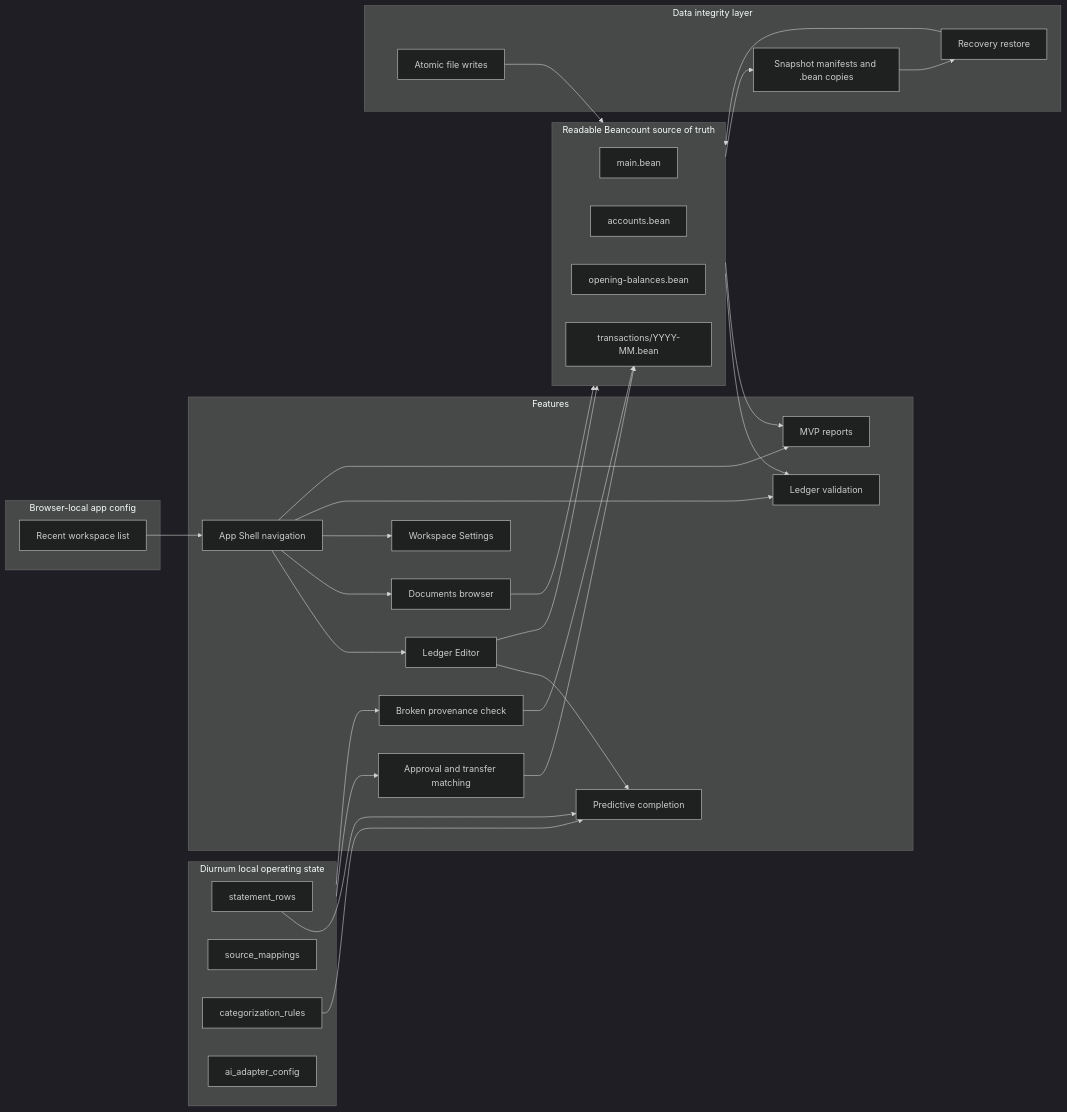
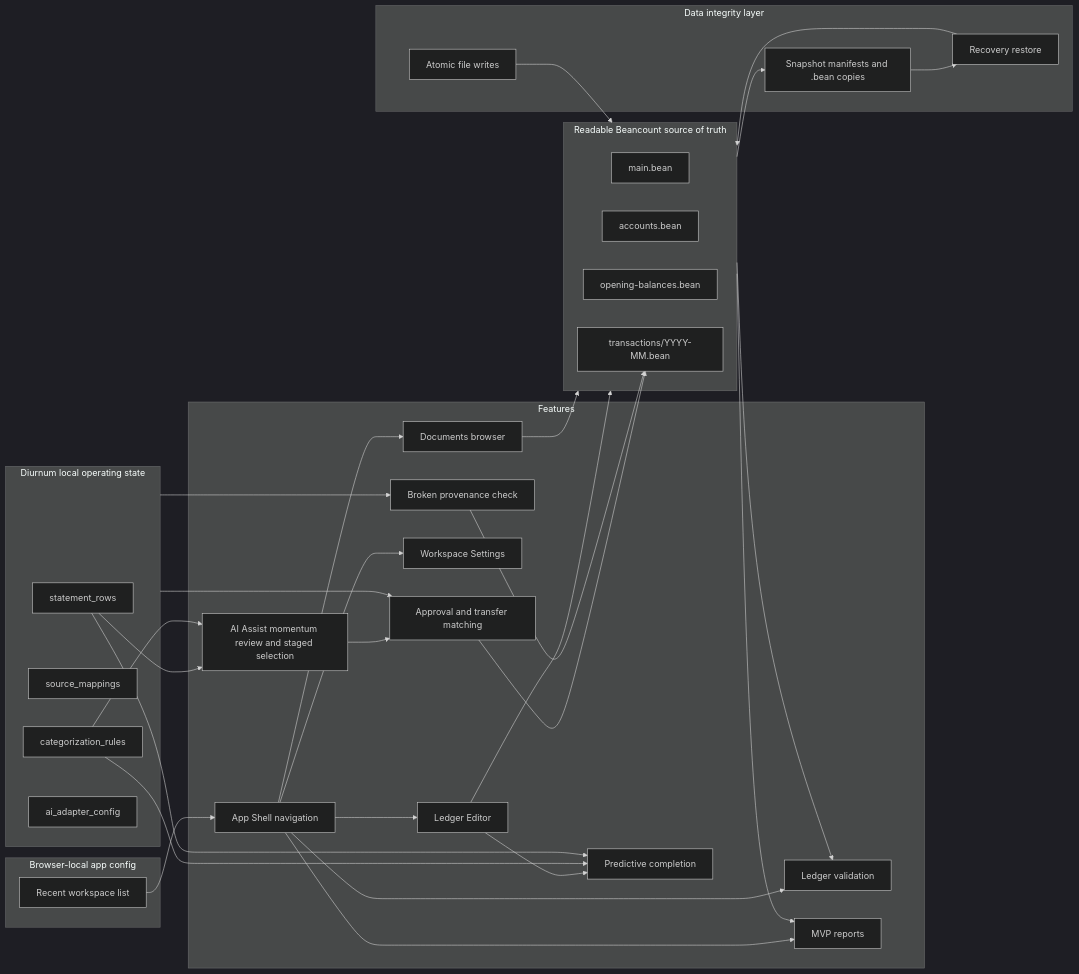
Before and after one commit to Diurnum-Dev/Diurnum: the third of 4 diagrams in docs/architecture.md, drawn with Mermaid (dark theme). The commit also changed other lines of this file and 5 other files, not shown here.

Commit message:
feat(ai-assist): momentum-flow review component

````diff
--- a/docs/architecture.md
+++ b/docs/architecture.md
@@ -161,60 +165,64 @@
 ```mermaid
 flowchart LR
   subgraph LedgerFiles[Readable Beancount source of truth]
     Main[main.bean]
     Accounts[accounts.bean]
     Opening[opening-balances.bean]
     Monthly[transactions/YYYY-MM.bean]
   end
 
   subgraph SQLite[Diurnum local operating state]
     Rows[statement_rows]
     Mappings[source_mappings]
     Rules[categorization_rules]
     Adapter[ai_adapter_config]
   end
 
   subgraph AppConfig[Browser-local app config]
     Recents[Recent workspace list]
   end
 
   subgraph Features[Features]
     Shell[App Shell navigation]
     Editor[Ledger Editor]
     Completion[Predictive completion]
     Documents[Documents browser]
     Settings[Workspace Settings]
     Validation[Ledger validation]
     Approval[Approval and transfer matching]
+    AiReview[AI Assist momentum review and staged selection]
     Provenance[Broken provenance check]
     Reports[MVP reports]
   end
 
   subgraph Integrity[Data integrity layer]
     Atomic[Atomic file writes]
     Snapshots[Snapshot manifests and .bean copies]
     Recovery[Recovery restore]
   end
 
   LedgerFiles --> Validation
   LedgerFiles --> Reports
   SQLite --> Approval
+  Rows --> AiReview
+  Rules --> AiReview
+  AiReview --> Approval
   SQLite --> Provenance
   Recents --> Shell
   Shell --> Editor
   Shell --> Documents
   Shell --> Settings
   Editor --> Completion
   Editor --> LedgerFiles
   Rules --> Completion
   Rows --> Completion
   Documents --> LedgerFiles
   Shell --> Validation
   Shell --> Reports
   Atomic --> LedgerFiles
   LedgerFiles --> Snapshots
   Snapshots --> Recovery
   Recovery --> LedgerFiles
   Approval --> Monthly
   Provenance --> Monthly
 ```
````
